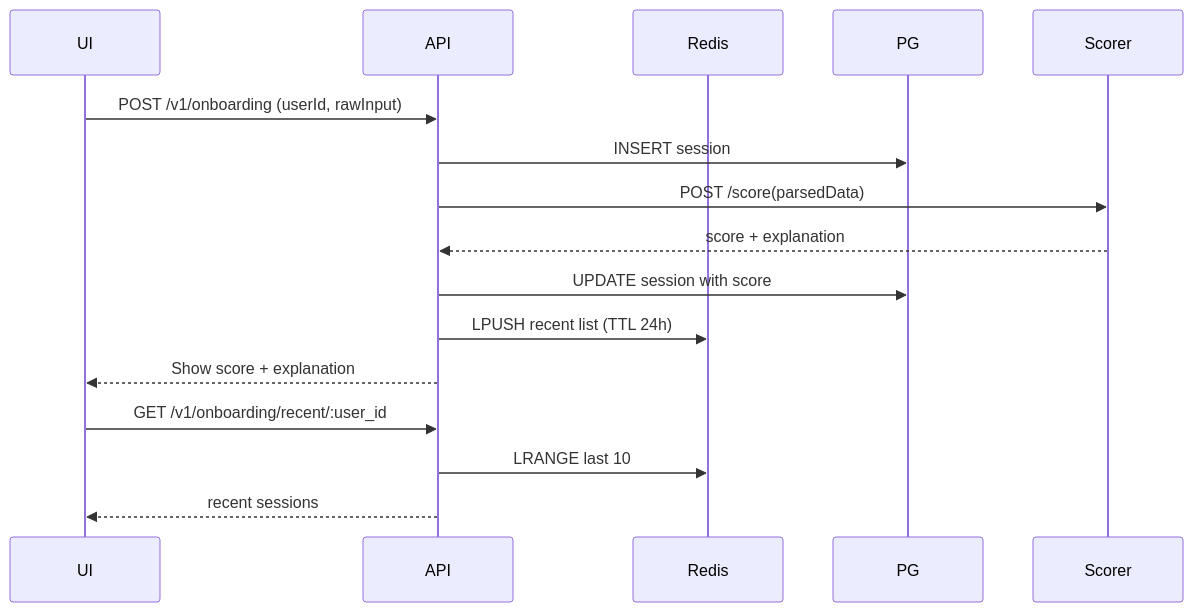
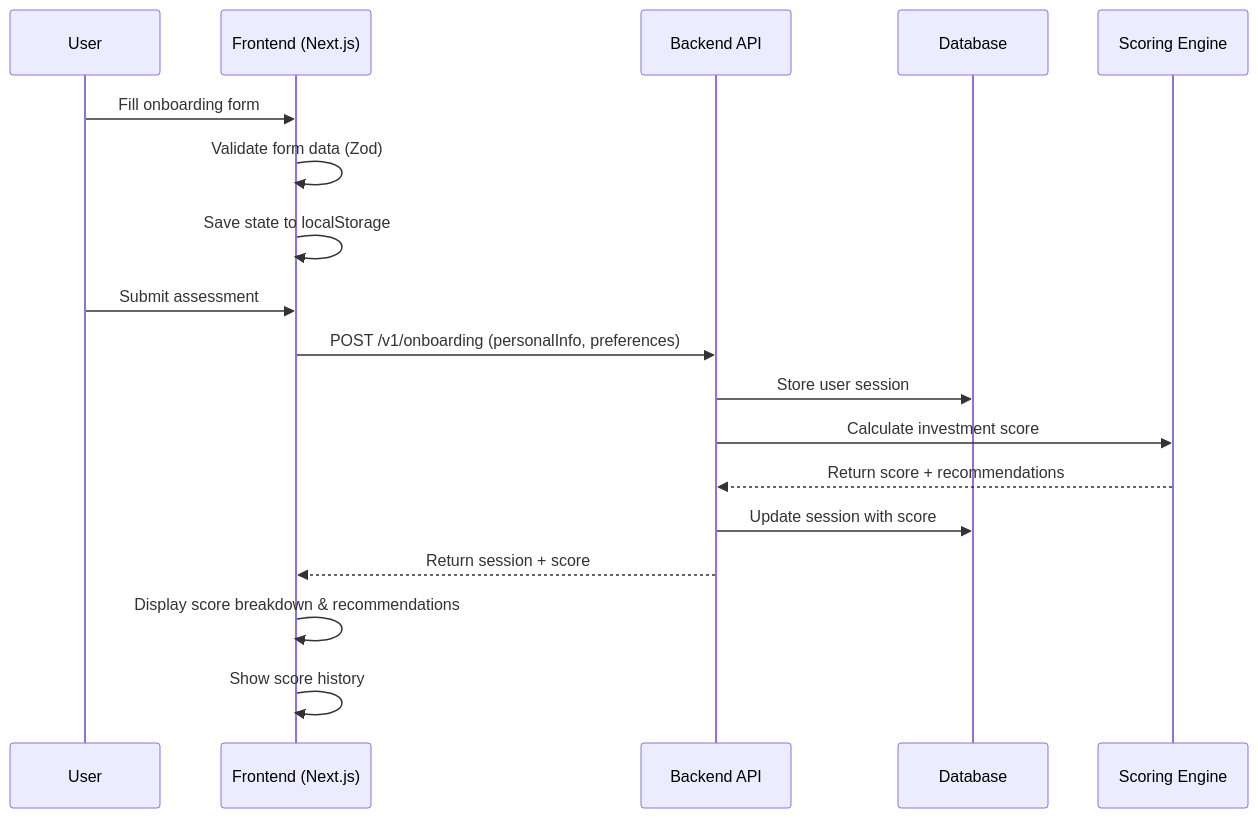
One commit to mengeshaster/onboarding-ui-score-viewer changed the diagram in README.md. Above: the diagram before and after it, drawn with Mermaid. The commit also changed other lines of this file and 3 other files, not shown here.

Commit message:
refactor: remove unused onboarding session endpoints from API

````diff
--- a/README.md
+++ b/README.md
@@ -22,20 +18,21 @@
 ```mermaid
 sequenceDiagram
-  participant UI
-  participant API
-  participant Redis
-  participant PG
-  participant Scorer
+  participant User
+  participant UI as Frontend (Next.js)
+  participant API as Backend API
+  participant DB as Database
+  participant Scorer as Scoring Engine
 
-  UI->>API: POST /v1/onboarding (userId, rawInput)
-  API->>PG: INSERT session
-  API->>Scorer: POST /score(parsedData)
-  Scorer-->>API: score + explanation
-  API->>PG: UPDATE session with score
-  API->>Redis: LPUSH recent list (TTL 24h)
-  API-->>UI: Show score + explanation
-
-  UI->>API: GET /v1/onboarding/recent/:user_id
-  API->>Redis: LRANGE last 10
-  API-->>UI: recent sessions
+  User->>UI: Fill onboarding form
+  UI->>UI: Validate form data (Zod)
+  UI->>UI: Save state to localStorage
+  User->>UI: Submit assessment
+  UI->>API: POST /v1/onboarding (personalInfo, preferences)
+  API->>DB: Store user session
+  API->>Scorer: Calculate investment score
+  Scorer-->>API: Return score + recommendations
+  API->>DB: Update session with score
+  API-->>UI: Return session + score
+  UI->>UI: Display score breakdown & recommendations
+  UI->>UI: Show score history
 ```
````
